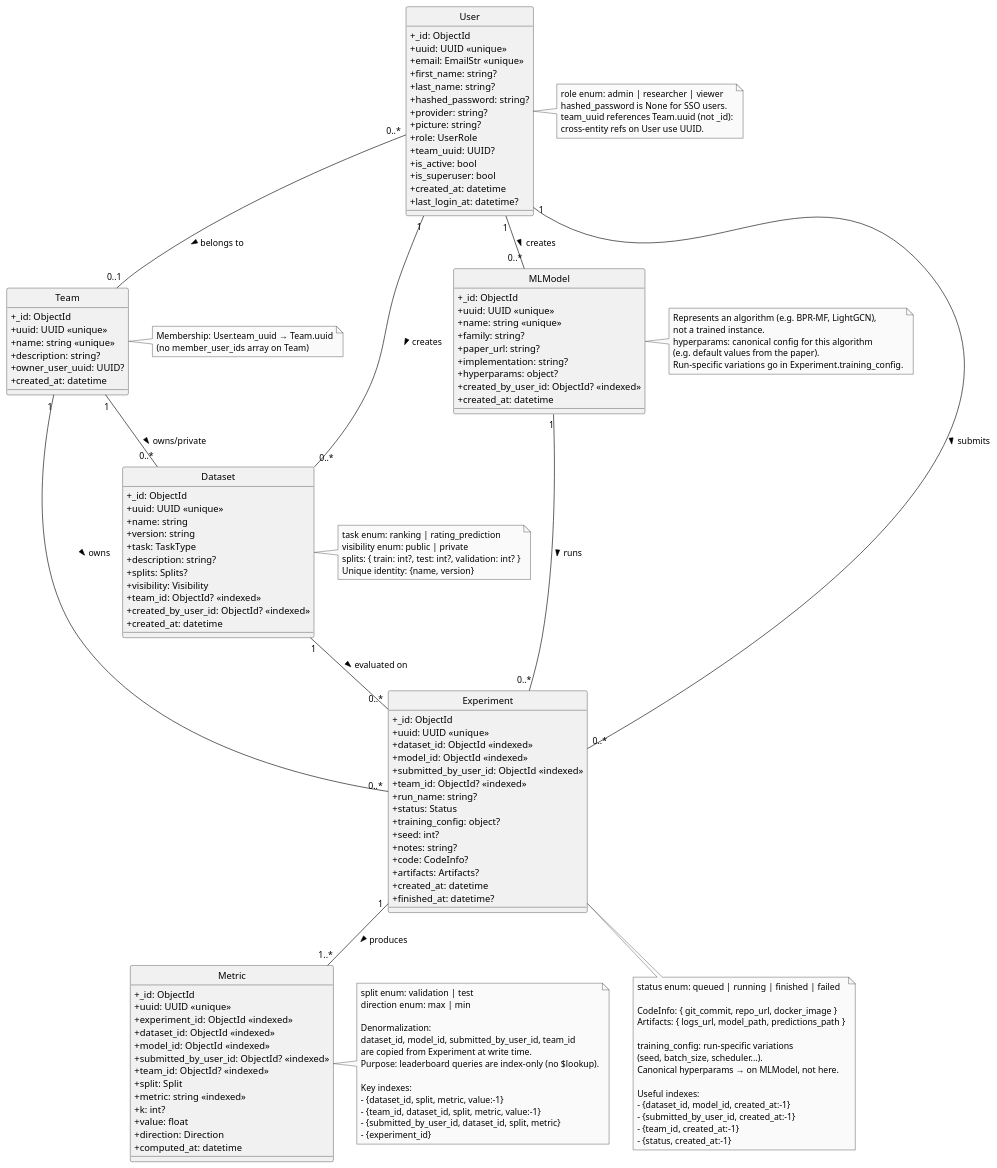
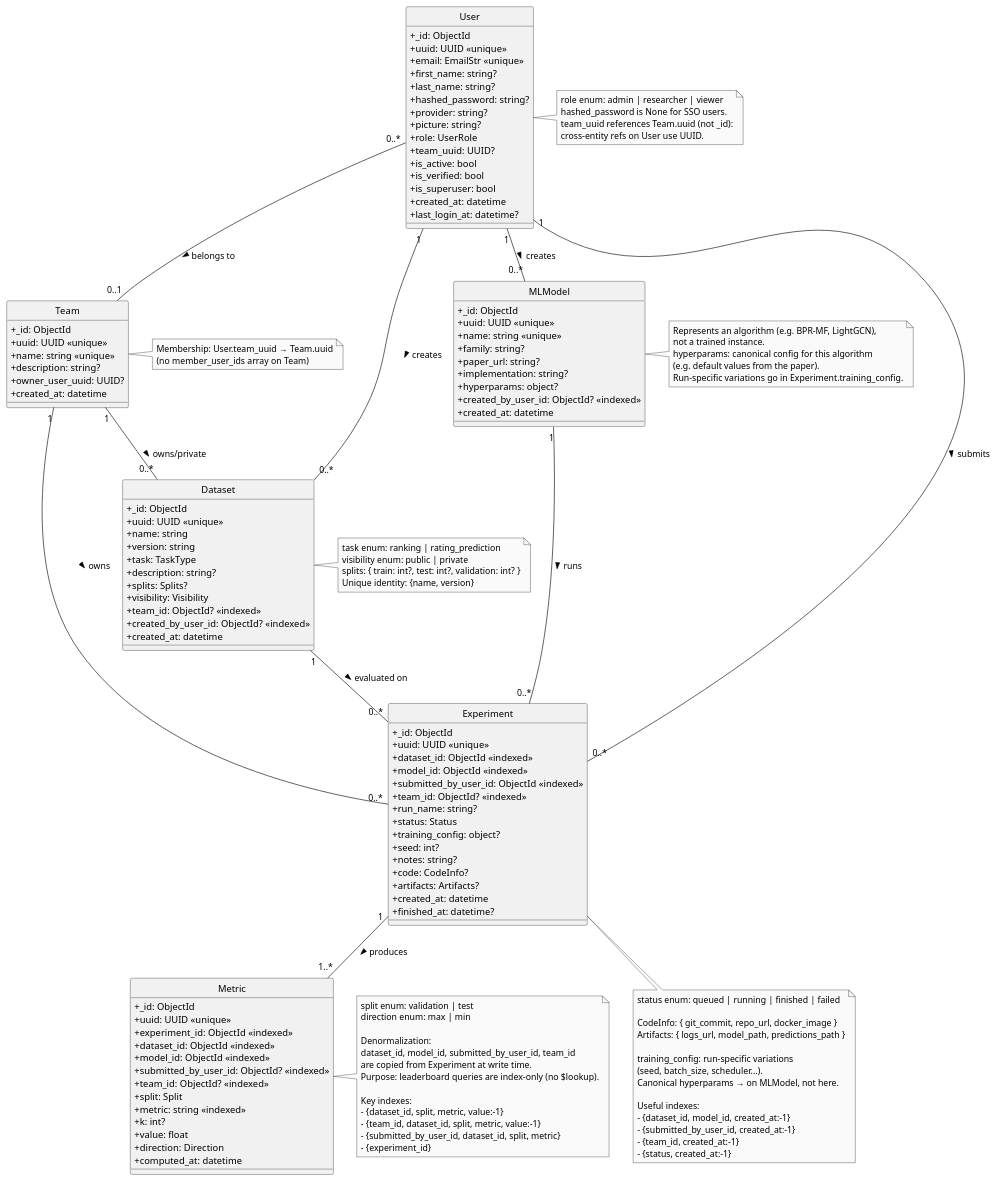
One commit to Baraff24/polibench changed the diagram in docs/backend/domain_model.puml. Above: the diagram before and after it, drawn with PlantUML. The commit also changed 12 other files, not shown here.

Commit message:
feat: implement email verification flow with JWT token generation and update user model

```diff
--- a/docs/backend/domain_model.puml
+++ b/docs/backend/domain_model.puml
@@ -1,185 +1,186 @@
 @startuml
 hide circle
 skinparam classAttributeIconSize 0
 skinparam monochrome true
 
 ' =================================================================
 ' NOTA ARCHITETTURALE — DB layer vs API layer
 ' =================================================================
 ' Questo diagramma rappresenta il DB layer (MongoDB/Beanie).
 '
 ' API layer (HTTP) — principio UUID-first:
 '   - path params:  sempre UUID  (GET /datasets/{uuid})
 '   - body input:   sempre UUID  (dataset_uuid, model_uuid, ...)
 '   - response:     solo uuid    (_id mai esposto al client)
 '
 ' Il router è il solo punto che risolve UUID → ObjectId internamente.
 ' =================================================================
 
 ' =========================
 ' Core entities
 ' =========================
 
 class User {
   +_id: ObjectId
   +uuid: UUID <<unique>>
   +email: EmailStr <<unique>>
   +first_name: string?
   +last_name: string?
   +hashed_password: string?
   +provider: string?
   +picture: string?
   +role: UserRole
   +team_uuid: UUID?
   +is_active: bool
+  +is_verified: bool
   +is_superuser: bool
   +created_at: datetime
   +last_login_at: datetime?
 }
 
 note right of User
   role enum: admin | researcher | viewer
   hashed_password is None for SSO users.
   team_uuid references Team.uuid (not _id):
   cross-entity refs on User use UUID.
 end note
 
 class Team {
   +_id: ObjectId
   +uuid: UUID <<unique>>
   +name: string <<unique>>
   +description: string?
   +owner_user_uuid: UUID?
   +created_at: datetime
 }
 
 note right of Team
   Membership: User.team_uuid → Team.uuid
   (no member_user_ids array on Team)
 end note
 
 class Dataset {
   +_id: ObjectId
   +uuid: UUID <<unique>>
   +name: string
   +version: string
   +task: TaskType
   +description: string?
   +splits: Splits?
   +visibility: Visibility
   +team_id: ObjectId? <<indexed>>
   +created_by_user_id: ObjectId? <<indexed>>
   +created_at: datetime
 }
 
 note right of Dataset
   task enum: ranking | rating_prediction
   visibility enum: public | private
   splits: { train: int?, test: int?, validation: int? }
   Unique identity: {name, version}
 end note
 
 class MLModel {
   +_id: ObjectId
   +uuid: UUID <<unique>>
   +name: string <<unique>>
   +family: string?
   +paper_url: string?
   +implementation: string?
   +hyperparams: object?
   +created_by_user_id: ObjectId? <<indexed>>
   +created_at: datetime
 }
 
 note right of MLModel
   Represents an algorithm (e.g. BPR-MF, LightGCN),
   not a trained instance.
   hyperparams: canonical config for this algorithm
   (e.g. default values from the paper).
   Run-specific variations go in Experiment.training_config.
 end note
 
 class Experiment {
   +_id: ObjectId
   +uuid: UUID <<unique>>
   +dataset_id: ObjectId <<indexed>>
   +model_id: ObjectId <<indexed>>
   +submitted_by_user_id: ObjectId <<indexed>>
   +team_id: ObjectId? <<indexed>>
   +run_name: string?
   +status: Status
   +training_config: object?
   +seed: int?
   +notes: string?
   +code: CodeInfo?
   +artifacts: Artifacts?
   +created_at: datetime
   +finished_at: datetime?
 }
 
 note bottom of Experiment
   status enum: queued | running | finished | failed
 
   CodeInfo: { git_commit, repo_url, docker_image }
   Artifacts: { logs_url, model_path, predictions_path }
 
   training_config: run-specific variations
   (seed, batch_size, scheduler...).
   Canonical hyperparams → on MLModel, not here.
 
   Useful indexes:
   - {dataset_id, model_id, created_at:-1}
   - {submitted_by_user_id, created_at:-1}
   - {team_id, created_at:-1}
   - {status, created_at:-1}
 end note
 
 class Metric {
   +_id: ObjectId
   +uuid: UUID <<unique>>
   +experiment_id: ObjectId <<indexed>>
   +dataset_id: ObjectId <<indexed>>
   +model_id: ObjectId <<indexed>>
   +submitted_by_user_id: ObjectId? <<indexed>>
   +team_id: ObjectId? <<indexed>>
   +split: Split
   +metric: string <<indexed>>
   +k: int?
   +value: float
   +direction: Direction
   +computed_at: datetime
 }
 
 note right of Metric
   split enum: validation | test
   direction enum: max | min
 
   Denormalization:
   dataset_id, model_id, submitted_by_user_id, team_id
   are copied from Experiment at write time.
   Purpose: leaderboard queries are index-only (no $lookup).
 
   Key indexes:
   - {dataset_id, split, metric, value:-1}
   - {team_id, dataset_id, split, metric, value:-1}
   - {submitted_by_user_id, dataset_id, split, metric}
   - {experiment_id}
 end note
 
 ' =========================
 ' Relationships
 ' =========================
 
 User "1" -- "0..*" Dataset       : creates >
 User "1" -- "0..*" MLModel       : creates >
 User "1" -- "0..*" Experiment    : submits >
 User "0..*" -- "0..1" Team       : belongs to >
 
 Team "1" -- "0..*" Dataset       : owns/private >
 Team "1" -- "0..*" Experiment    : owns >
 
 Dataset "1" -- "0..*" Experiment : evaluated on >
 MLModel "1" -- "0..*" Experiment : runs >
 Experiment "1" -- "1..*" Metric  : produces >
 
 @enduml
```
